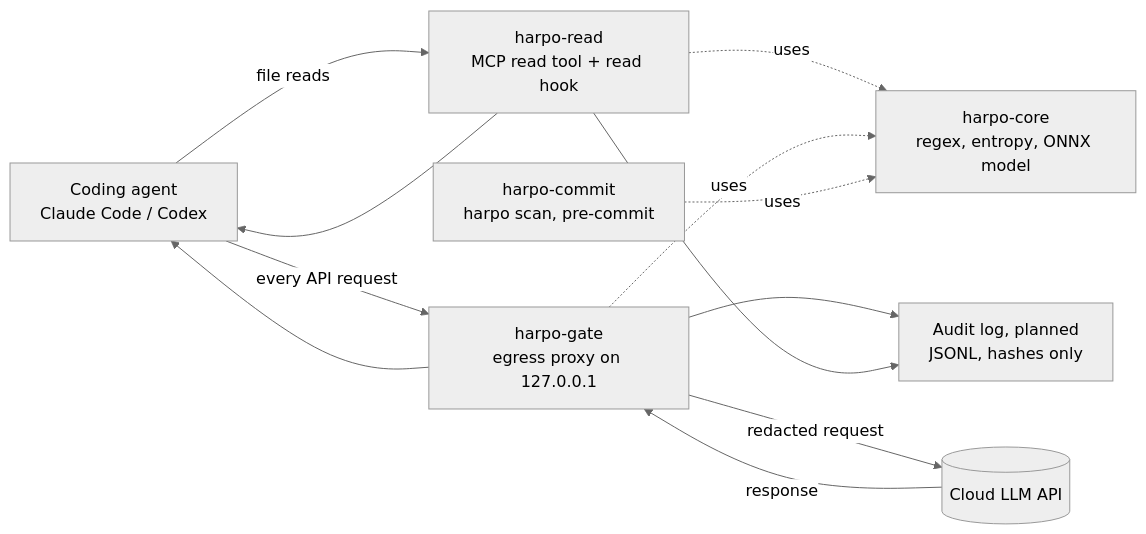
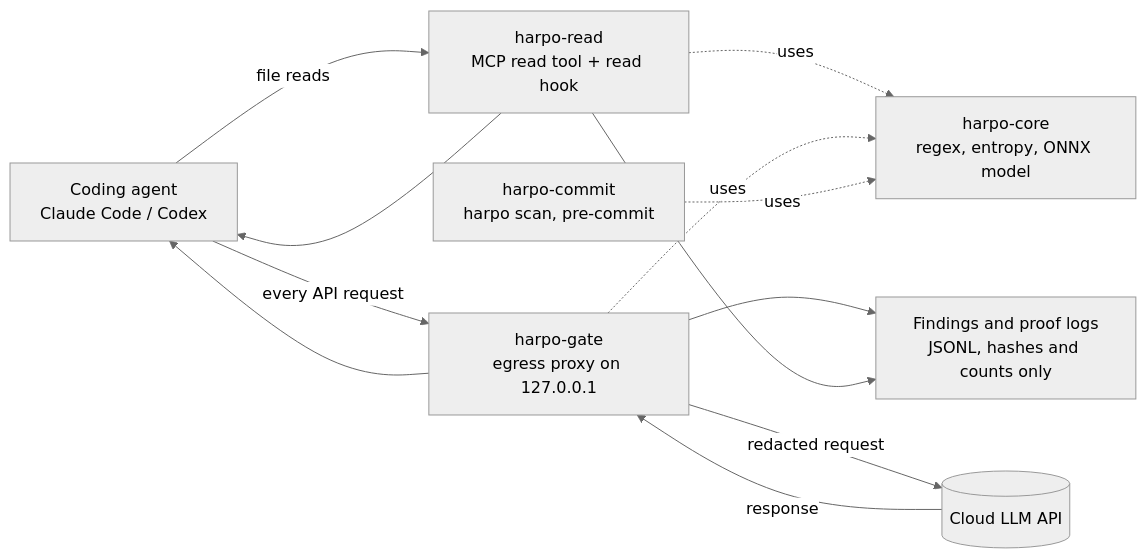
The first of 2 diagrams in docs/design.md (Skipa776/Harpocrates), drawn with Mermaid (neutral theme) before and after one commit. The commit also changed other lines of this file and 3 other files, not shown here.

First line of the commit message:
docs: the threat model and architecture describe the gate and audit logs as built

````diff
--- a/docs/design.md
+++ b/docs/design.md
@@ -434,13 +434,13 @@
 ```mermaid
 flowchart LR
   A[Coding agent<br/>Claude Code / Codex] -->|file reads| R[harpo-read<br/>MCP read tool + read hook]
   R --> A
   A -->|every API request| G[harpo-gate<br/>egress proxy on 127.0.0.1]
   G -->|redacted request| P[(Cloud LLM API)]
   P -->|response| G --> A
   R -.uses.-> C[harpo-core<br/>regex, entropy, ONNX model]
   G -.uses.-> C
   K[harpo-commit<br/>harpo scan, pre-commit] -.uses.-> C
-  G --> L[Audit log, planned<br/>JSONL, hashes only]
+  G --> L[Findings and proof logs<br/>JSONL, hashes and counts only]
   R --> L
 ```
````
